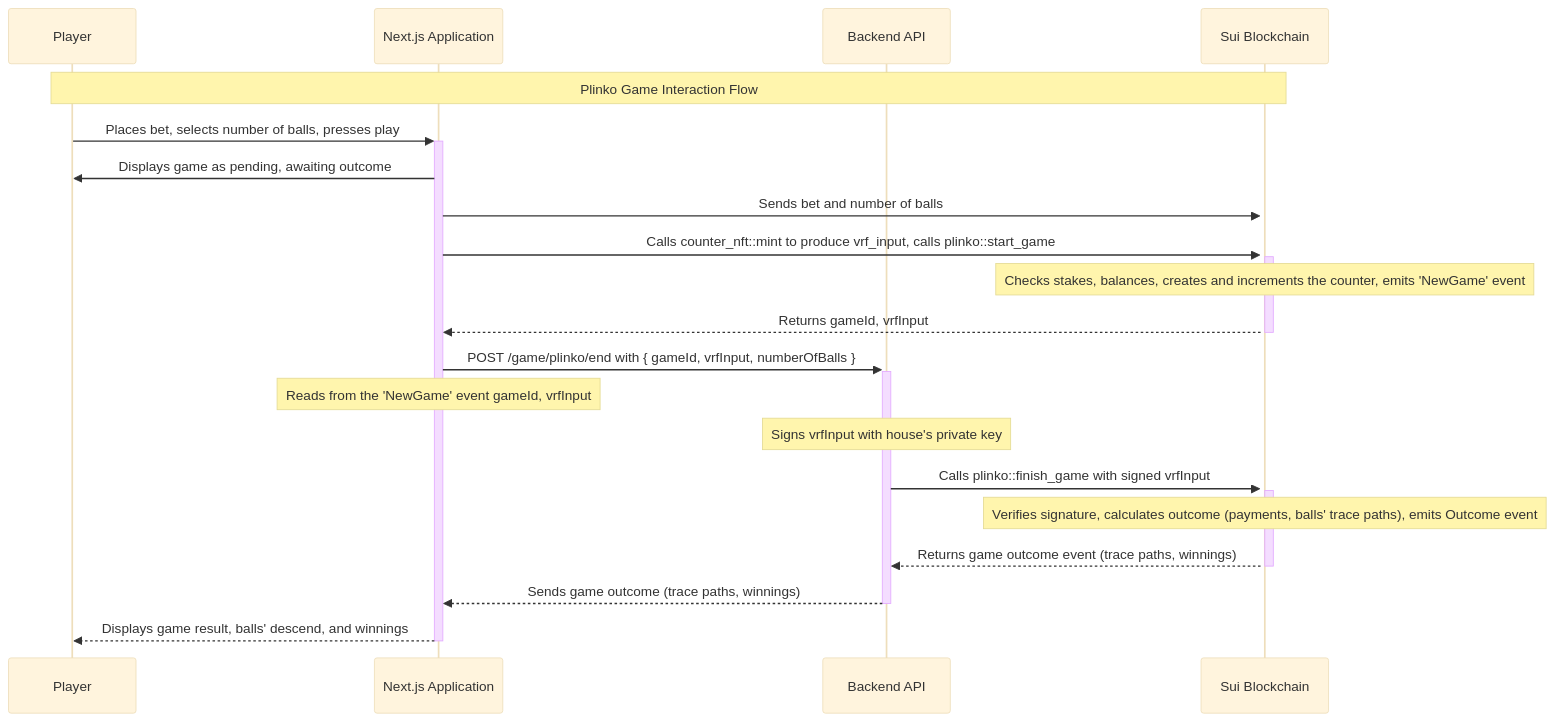
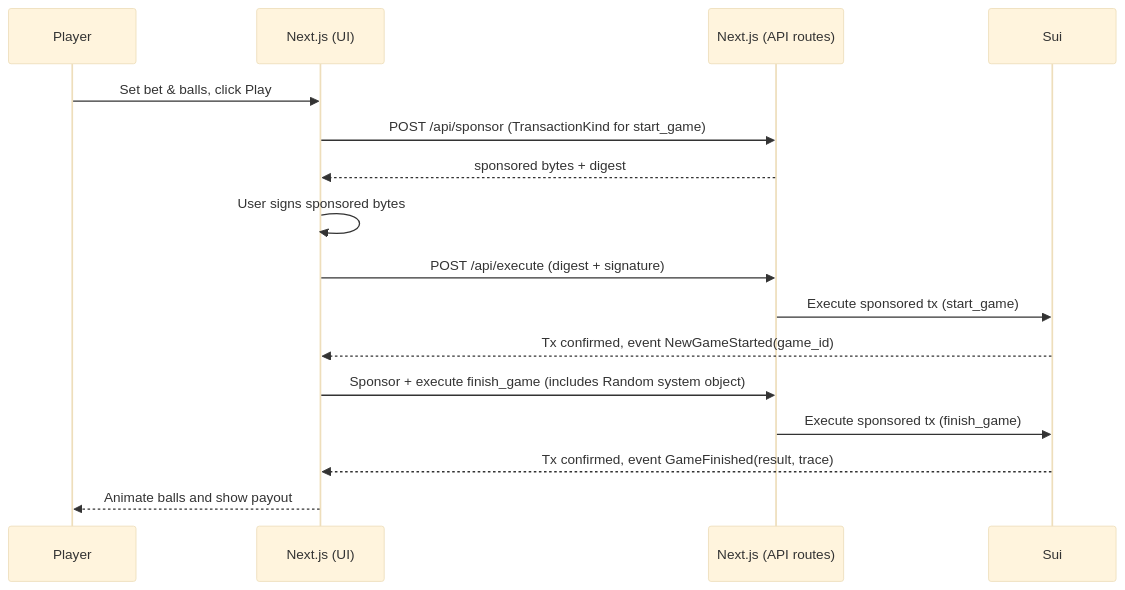
Before and after one commit to MystenLabs/plinko-poc: the diagram in README.md, drawn with Mermaid (base theme). The commit also changed other lines of this file, not shown here.

````diff
--- a/README.md
+++ b/README.md
@@ -92,24 +76,19 @@
 ```mermaid
 sequenceDiagram
-    participant Player as Player
-    participant UI as Next.js Application
-    participant API as Backend API
-    participant Blockchain as Sui Blockchain
+    participant Player
+    participant UI as Next.js (UI)
+    participant API as Next.js (API routes)
+    participant Chain as Sui
 
-    Note over Player, Blockchain: Plinko Game Interaction Flow
-
-    Player->>+UI: Places bet, selects number of balls, presses play
-    UI->>Player: Displays game as pending, awaiting outcome
-    UI->>+Blockchain: Sends bet and number of balls
-    UI->>+Blockchain: Calls counter_nft::mint to produce vrf_input, calls plinko::start_game
-    Note over Blockchain: Checks stakes, balances, creates and increments the counter, emits 'NewGame' event
-    Blockchain-->>-UI: Returns gameId, vrfInput
-    UI->>+API: POST /game/plinko/end with { gameId, vrfInput, numberOfBalls }
-    Note over UI: Reads from the 'NewGame' event gameId, vrfInput
-    Note over API: Signs vrfInput with house's private key
-    API->>+Blockchain: Calls plinko::finish_game with signed vrfInput
-    Note over Blockchain: Verifies signature, calculates outcome (payments, balls' trace paths), emits Outcome event
-    Blockchain-->>-API: Returns game outcome event (trace paths, winnings)
-    API-->>-UI: Sends game outcome (trace paths, winnings)
-    UI-->>-Player: Displays game result, balls' descend, and winnings
+    Player->>UI: Set bet & balls, click Play
+    UI->>API: POST /api/sponsor (TransactionKind for start_game)
+    API-->>UI: sponsored bytes + digest
+    UI->>UI: User signs sponsored bytes
+    UI->>API: POST /api/execute (digest + signature)
+    API->>Chain: Execute sponsored tx (start_game)
+    Chain-->>UI: Tx confirmed, event NewGameStarted(game_id)
+    UI->>API: Sponsor + execute finish_game (includes Random system object)
+    API->>Chain: Execute sponsored tx (finish_game)
+    Chain-->>UI: Tx confirmed, event GameFinished(result, trace)
+    UI-->>Player: Animate balls and show payout
 ```
````
